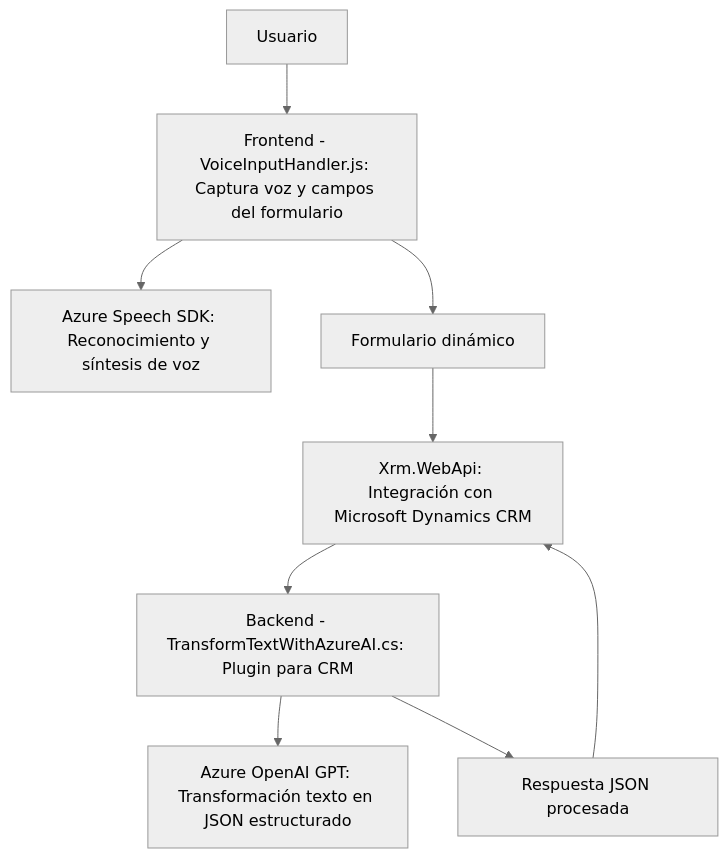
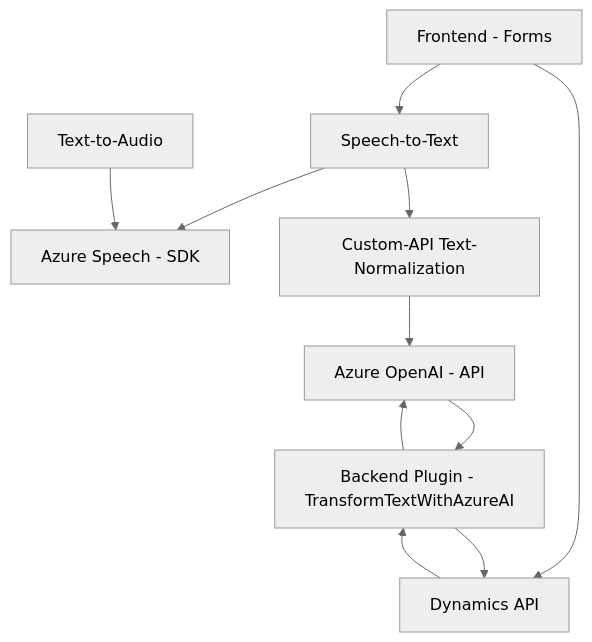
The diagram in README.md (blopezdm/NETCORE_BILBAO2025), drawn with Mermaid (neutral theme) before and after one commit. The commit also changed other lines of this file, not shown here.

Commit message:
Actualizar análisis global de la solución con IA

````diff
--- a/README.md
+++ b/README.md
@@ -49,11 +52,22 @@
 ```mermaid
 graph TD
-    A["Usuario"] --> B["Frontend - VoiceInputHandler.js: Captura voz y campos del formulario"]
-    B --> C["Azure Speech SDK: Reconocimiento y síntesis de voz"]
-    B --> D["Formulario dinámico"]
-    D --> E["Xrm.WebApi: Integración con Microsoft Dynamics CRM"]
-    E --> F["Backend - TransformTextWithAzureAI.cs: Plugin para CRM"]
-    F --> G["Azure OpenAI GPT: Transformación texto en JSON estructurado"]
-    F --> H["Respuesta JSON procesada"]
+    A["Frontend - Forms"]
+    B["Azure Speech - SDK"]
+    C["Dynamics API"]
+    D["Backend Plugin - TransformTextWithAzureAI"]
+    E["Azure OpenAI - API"]
+    F["Speech-to-Text"]
+    G["Text-to-Audio"]
+    H["Custom-API Text-Normalization"]
+
+    A --> F
+    F --> B
+    F --> H
+    G --> B
     H --> E
+    A --> C
+    C --> D
+    D --> E
+    E --> D
+    D --> C
 ```
````
